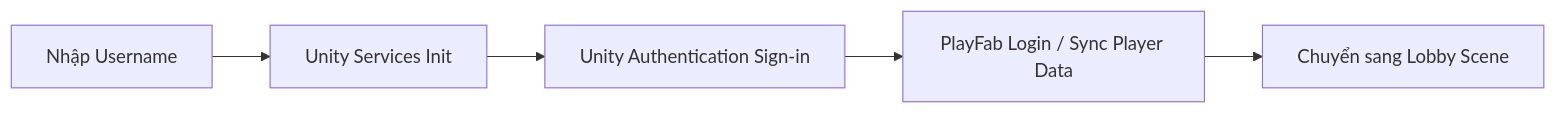
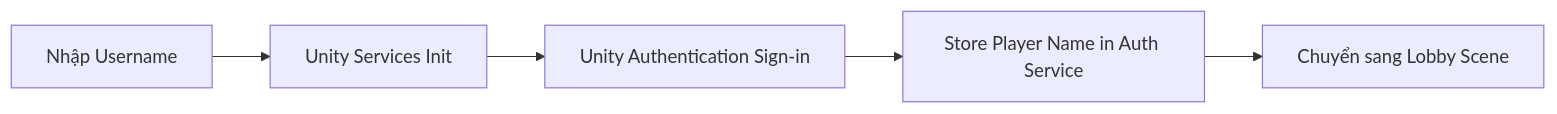
Before and after one commit to vhtuan2an/pvz-unity: diagram 11 of 23 in docs/noi_dung_trong_file_word.md, drawn with Mermaid. The commit also changed other lines of this file and 4 other files, not shown here.

````diff
--- a/docs/noi_dung_trong_file_word.md
+++ b/docs/noi_dung_trong_file_word.md
@@ -585,7 +585,7 @@
 ```mermaid
 flowchart LR
   A[Nhập Username] --> B[Unity Services Init]
   B --> C[Unity Authentication Sign-in]
-  C --> D[PlayFab Login / Sync Player Data]
+  C --> D[Store Player Name in Auth Service]
   D --> E[Chuyển sang Lobby Scene]
 ```
````
